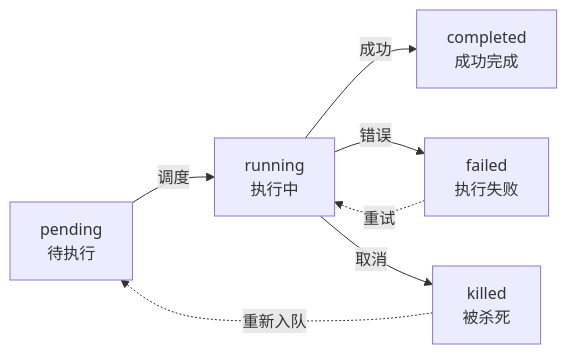
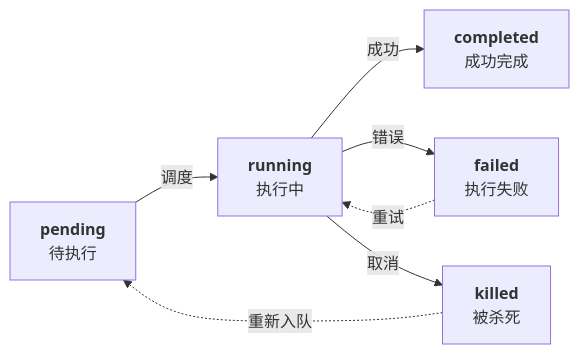
Before and after one commit to yeasy/harness_engineering_guide: the second of 3 diagrams in 08_orchestration/8.1_task_decomposition.md, drawn with Mermaid. The commit also changed other lines of this file and 26 other files, not shown here.

Commit message:
Add bold titles to Mermaid diagram nodes

````diff
--- a/08_orchestration/8.1_task_decomposition.md
+++ b/08_orchestration/8.1_task_decomposition.md
@@ -71,9 +71,9 @@
 ```mermaid
 graph LR
-    A["pending<br/>待执行"] -->|调度| B["running<br/>执行中"]
-    B -->|成功| C["completed<br/>成功完成"]
-    B -->|错误| D["failed<br/>执行失败"]
-    B -->|取消| E["killed<br/>被杀死"]
+    A["<b>pending</b><br/>待执行"] -->|调度| B["<b>running</b><br/>执行中"]
+    B -->|成功| C["<b>completed</b><br/>成功完成"]
+    B -->|错误| D["<b>failed</b><br/>执行失败"]
+    B -->|取消| E["<b>killed</b><br/>被杀死"]
     D -.->|重试| B
     E -.->|重新入队| A
 ```
````
